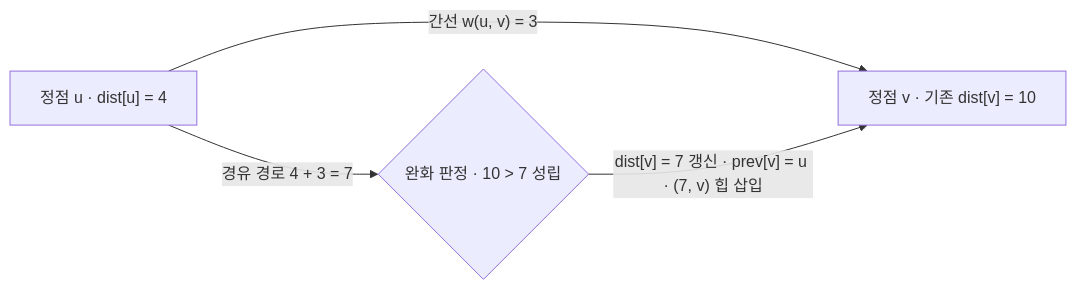
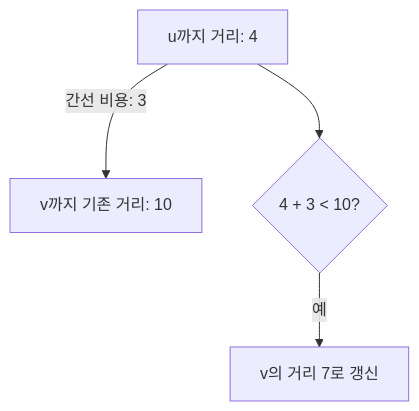
One commit to agnusdei1207/study changed the first of 2 diagrams in src/content/docs/notes/itpe/02-software-engineering/189_dijkstra_algorithm.md. Above: the diagram before and after it, drawn with Mermaid. The commit also changed other lines of this file and 15 other files, not shown here.

````diff
--- a/src/content/docs/notes/itpe/02-software-engineering/189_dijkstra_algorithm.md
+++ b/src/content/docs/notes/itpe/02-software-engineering/189_dijkstra_algorithm.md
@@ -58,6 +82,6 @@
 ```mermaid
-flowchart LR
-    U["정점 u · dist[u] = 4"] -->|"간선 w(u, v) = 3"| V["정점 v · 기존 dist[v] = 10"]
-    U -->|"경유 경로 4 + 3 = 7"| R{"완화 판정 · 10 > 7 성립"}
-    R -->|"dist[v] = 7 갱신 · prev[v] = u · (7, v) 힙 삽입"| V
+flowchart TB
+    U["u까지 거리: 4"] -->|"간선 비용: 3"| V["v까지 기존 거리: 10"]
+    U --> C{"4 + 3 < 10?"}
+    C -->|"예"| R["v의 거리 7로 갱신"]
 ```
````
